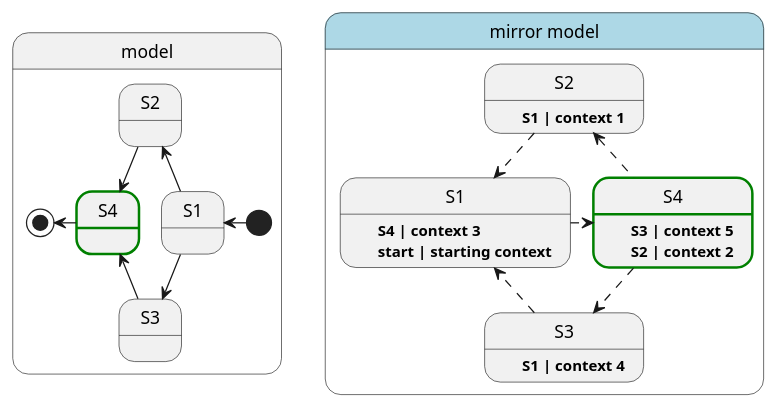
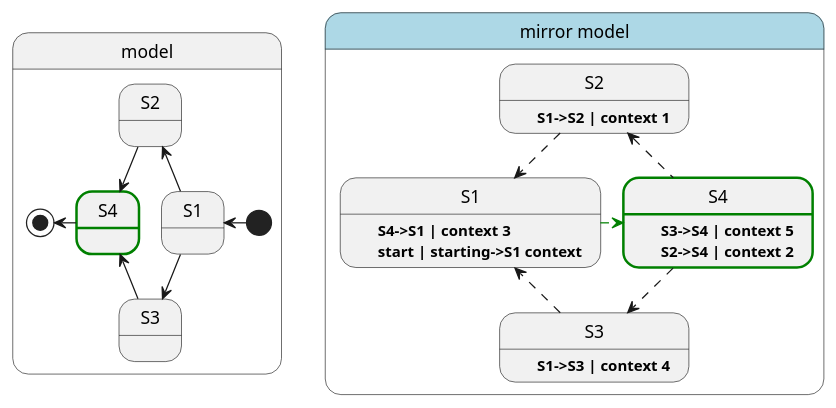
The diagram in docs/diagrams/enkrino7.puml (nemoworks/enkrinojs), drawn with PlantUML before and after one commit. The commit also changed 6 other files, not shown here.

```diff
--- a/docs/diagrams/enkrino7.puml
+++ b/docs/diagrams/enkrino7.puml
@@ -1,29 +1,29 @@
 @startuml
 state model {
     state S1 
     state S2 
     state S3 
     state S4 ##[bold]green
 
 
     [*] -left-> S1
     S1 -up-> S2
     S1 -down-> S3
     S2 -down-> S4
     S3 -up-> S4
     S4 -left-> [*]
 }
 
 state "mirror model" as mirror#lightblue{
-    state "S1" as MS1 : \t**S4 | context 3**\n\t**start | starting context**
-    state "S2" as MS2 : \t**S1 | context 1**
-    state "S3" as MS3 : \t**S1 | context 4**
-    state "S4" as MS4 ##[bold]green : \t**S3 | context 5**\n\t**S2 | context 2**
+    state "S1" as MS1 : \t**S4->S1 | context 3**\n\t**start | starting->S1 context**
+    state "S2" as MS2 : \t**S1->S2 | context 1**
+    state "S3" as MS3 : \t**S1->S3 | context 4**
+    state "S4" as MS4 ##[bold]green : \t**S3->S4 | context 5**\n\t**S2->S4 | context 2**
     MS2 -down[dashed]-> MS1
     MS4 -up[dashed]-> MS2
-    MS1 -right[dashed]-> MS4
+    MS1 -right[#green,dashed]-> MS4
     MS3 -down[dashed]-> MS1
     MS4 -down[dashed]-> MS3
 }
 
 @enduml
```
